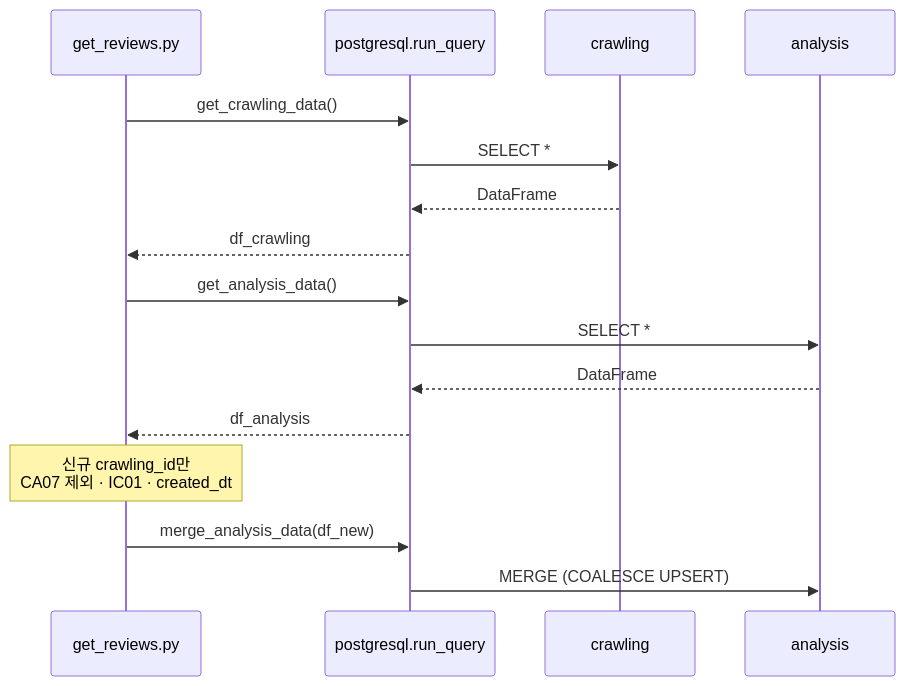
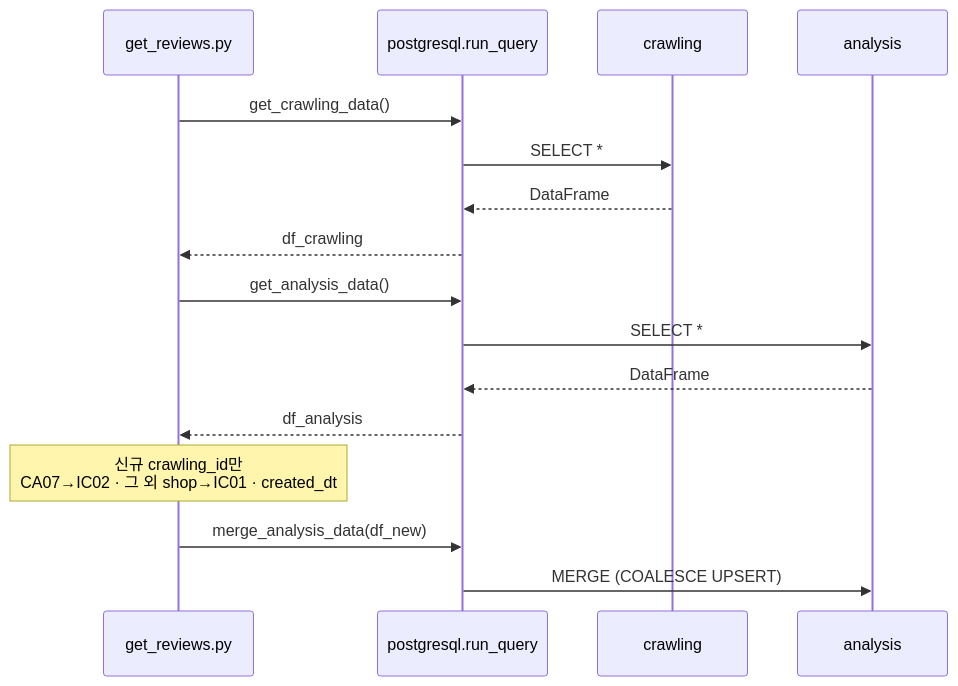
The fifth of 7 diagrams in ai/post_analysis/docs/design.md (SKN-27th-FitLog/SK-Connect), drawn with Mermaid before and after one commit. The commit also changed other lines of this file and 2 other files, not shown here.

````diff
--- a/ai/post_analysis/docs/design.md
+++ b/ai/post_analysis/docs/design.md
@@ -224,22 +224,22 @@
 ```mermaid
 sequenceDiagram
     participant Script as get_reviews.py
     participant RQ as postgresql.run_query
     participant Crawl as crawling
     participant An as analysis
 
     Script->>RQ: get_crawling_data()
     RQ->>Crawl: SELECT *
     Crawl-->>RQ: DataFrame
     RQ-->>Script: df_crawling
 
     Script->>RQ: get_analysis_data()
     RQ->>An: SELECT *
     An-->>RQ: DataFrame
     RQ-->>Script: df_analysis
 
-    Note over Script: 신규 crawling_id만<br/>CA07 제외 · IC01 · created_dt
+    Note over Script: 신규 crawling_id만<br/>CA07→IC02 · 그 외 shop→IC01 · created_dt
 
     Script->>RQ: merge_analysis_data(df_new)
     RQ->>An: MERGE (COALESCE UPSERT)
 ```
````
